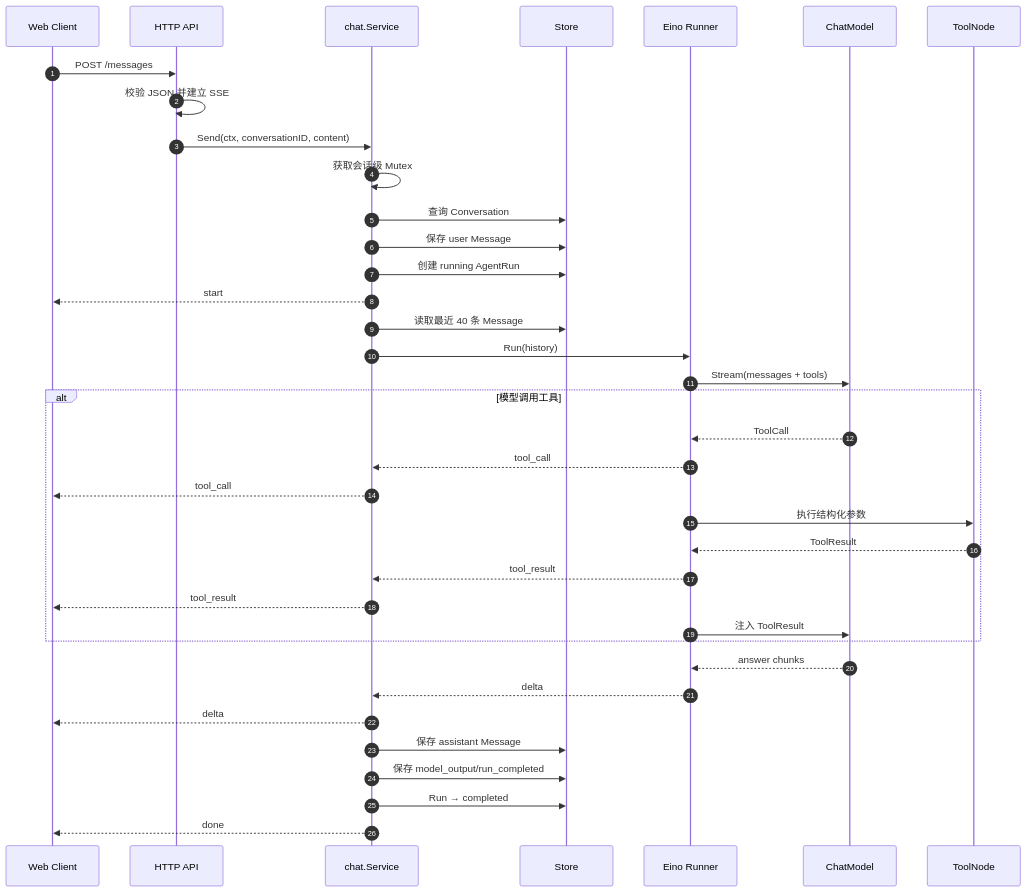
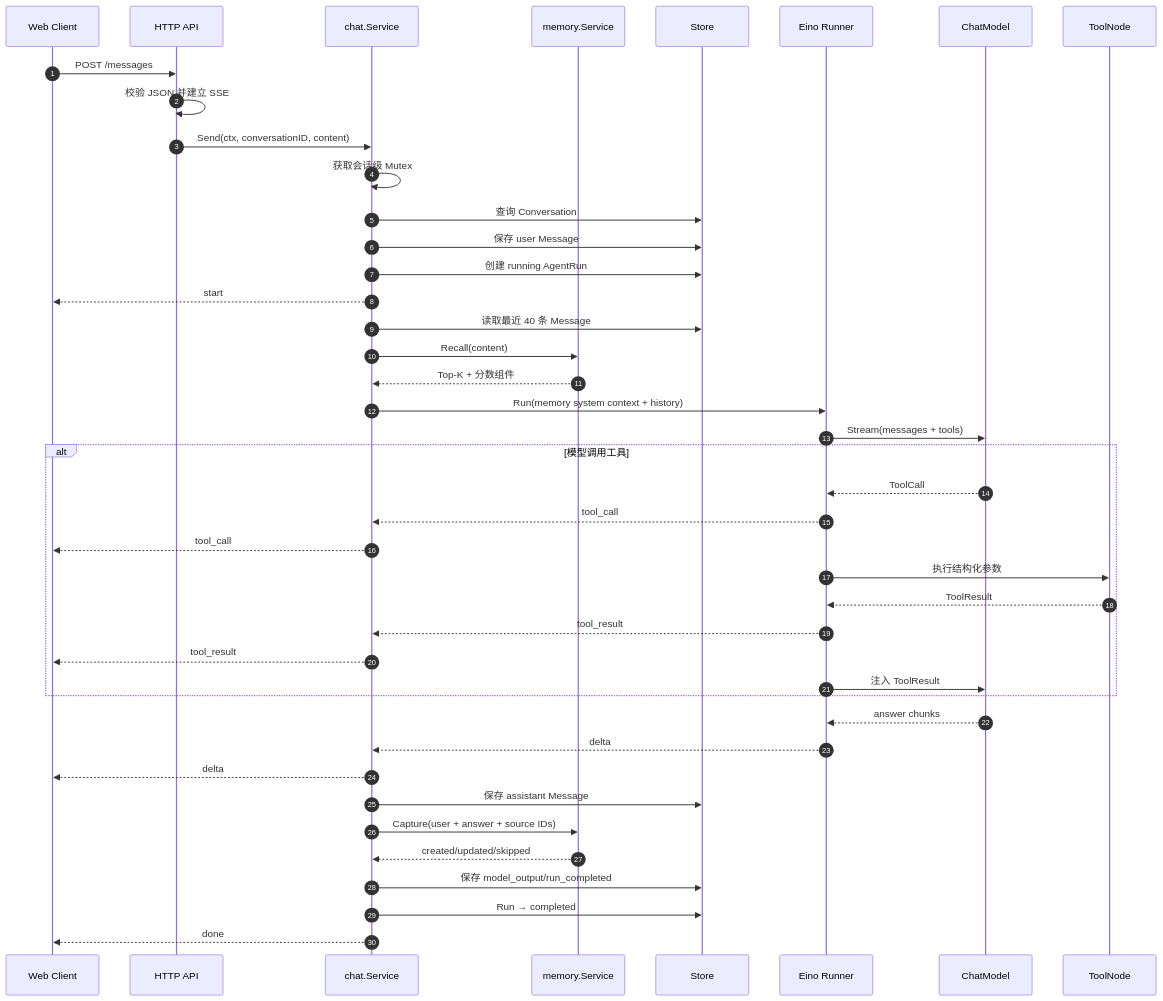
One commit to zora-DD/zora changed the second of 7 diagrams in docs/technical-design.md. Above: the diagram before and after it, drawn with Mermaid. The commit also changed other lines of this file and 20 other files, not shown here.

````diff
--- a/docs/technical-design.md
+++ b/docs/technical-design.md
@@ -146,40 +151,45 @@
 ```mermaid
 sequenceDiagram
     autonumber
     participant Client as Web Client
     participant API as HTTP API
     participant Chat as chat.Service
+    participant Memory as memory.Service
     participant Store as Store
     participant Runner as Eino Runner
     participant Model as ChatModel
     participant Tool as ToolNode
 
     Client->>API: POST /messages
     API->>API: 校验 JSON 并建立 SSE
     API->>Chat: Send(ctx, conversationID, content)
     Chat->>Chat: 获取会话级 Mutex
     Chat->>Store: 查询 Conversation
     Chat->>Store: 保存 user Message
     Chat->>Store: 创建 running AgentRun
     Chat-->>Client: start
     Chat->>Store: 读取最近 40 条 Message
-    Chat->>Runner: Run(history)
+    Chat->>Memory: Recall(content)
+    Memory-->>Chat: Top-K + 分数组件
+    Chat->>Runner: Run(memory system context + history)
     Runner->>Model: Stream(messages + tools)
     alt 模型调用工具
         Model-->>Runner: ToolCall
         Runner-->>Chat: tool_call
         Chat-->>Client: tool_call
         Runner->>Tool: 执行结构化参数
         Tool-->>Runner: ToolResult
         Runner-->>Chat: tool_result
         Chat-->>Client: tool_result
         Runner->>Model: 注入 ToolResult
     end
     Model-->>Runner: answer chunks
     Runner-->>Chat: delta
     Chat-->>Client: delta
     Chat->>Store: 保存 assistant Message
+    Chat->>Memory: Capture(user + answer + source IDs)
+    Memory-->>Chat: created/updated/skipped
     Chat->>Store: 保存 model_output/run_completed
     Chat->>Store: Run → completed
     Chat-->>Client: done
 ```
````
